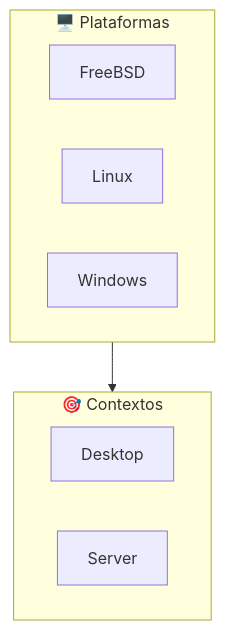
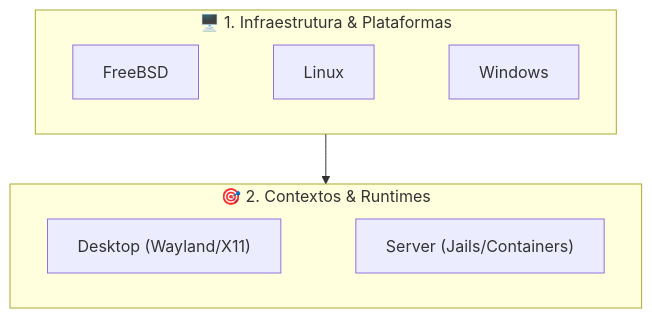
One commit to GabrielFrigo4/profile changed the first of 2 diagrams in skills/readme-crafting/SKILL.md. Above: the diagram before and after it, drawn with Mermaid. The commit also changed other lines of this file, not shown here.

Commit message:
docs(skills): document hybrid hierarchical architecture in readme-crafting

````diff
--- a/skills/readme-crafting/SKILL.md
+++ b/skills/readme-crafting/SKILL.md
@@ -77,15 +82,19 @@
 ```mermaid
 flowchart TD
-    subgraph OS ["🖥️ Plataformas"]
+    subgraph S1 ["🖥️ 1. Infraestrutura & Plataformas"]
+        direction LR
         BSD["FreeBSD"]
         LNX["Linux"]
         WIN["Windows"]
+        BSD ~~~ LNX ~~~ WIN
     end
 
-    subgraph CTX ["🎯 Contextos"]
-        DSK["Desktop"]
-        SRV["Server"]
+    subgraph S2 ["🎯 2. Contextos & Runtimes"]
+        direction LR
+        DSK["Desktop (Wayland/X11)"]
+        SRV["Server (Jails/Containers)"]
+        DSK ~~~ SRV
     end
 
-    OS --> CTX
+    S1 --> S2
 ```
````
